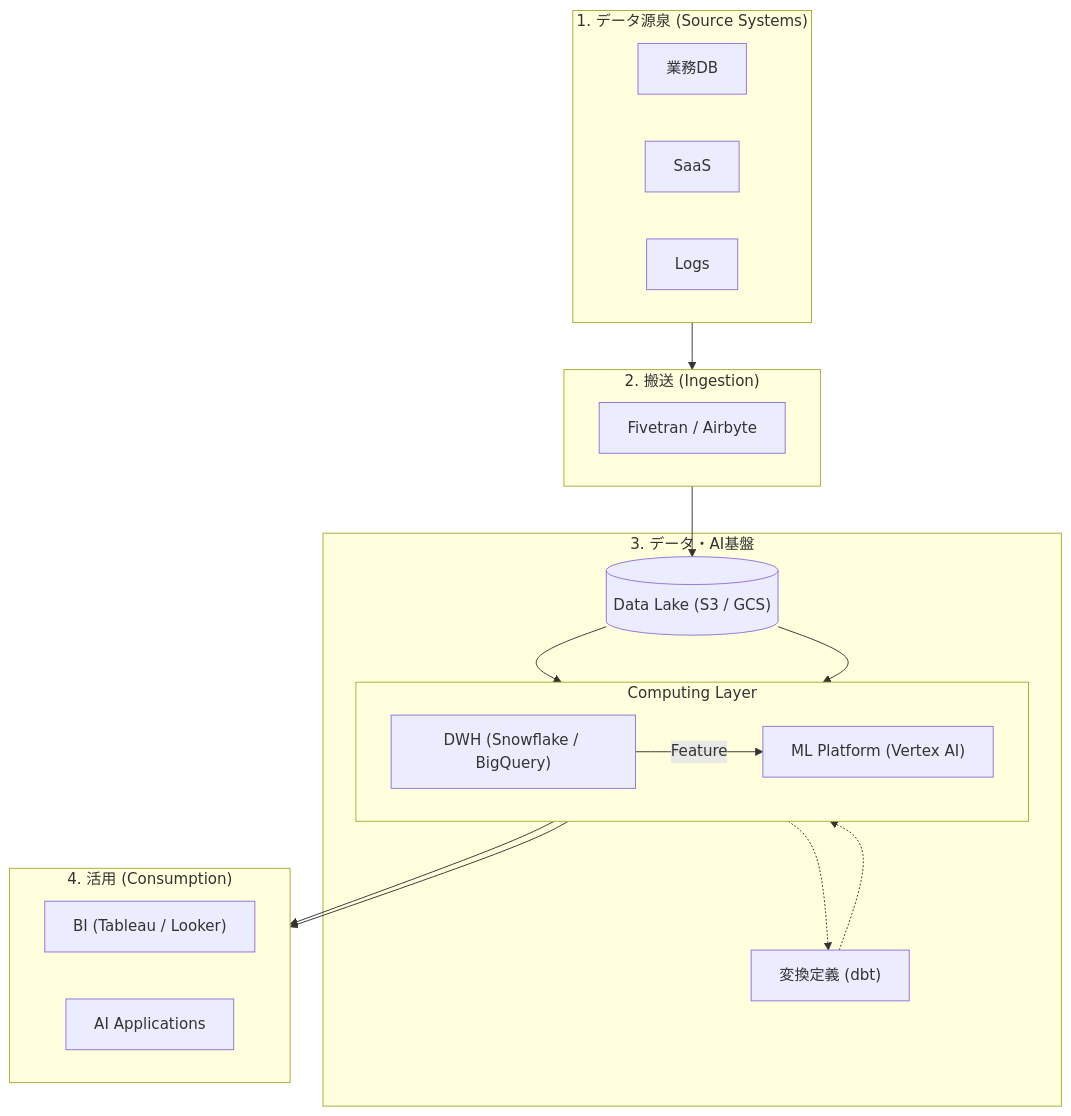
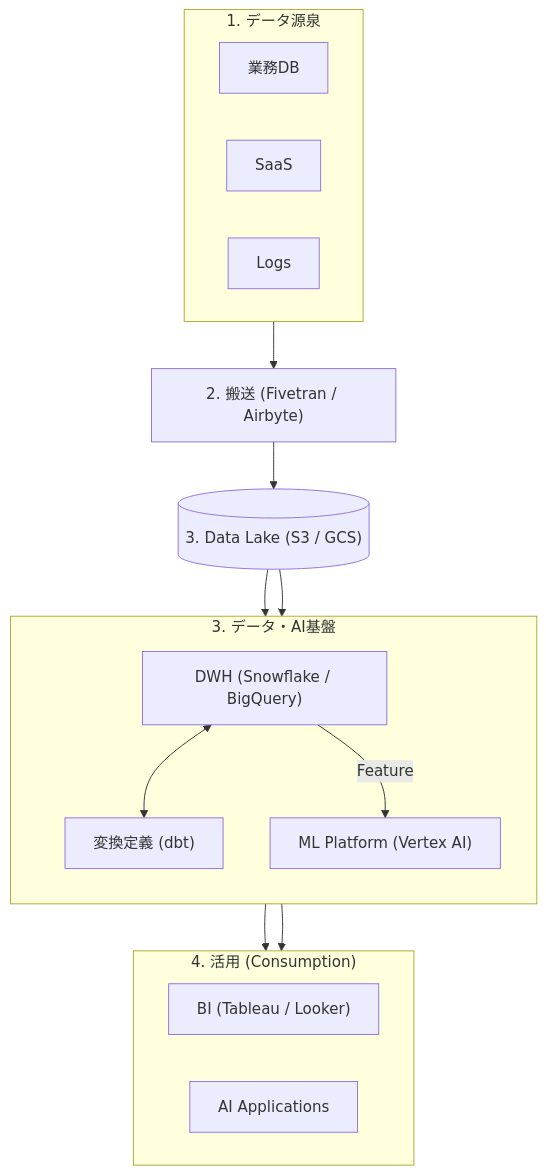
One commit to Zero-Set/mermaids changed the diagram in data_analyze.md. Above: the diagram before and after it, drawn with Mermaid. The commit also changed other lines of this file, not shown here.

Commit message:
fix graph and add disclaimer

````diff
--- a/data_analyze.md
+++ b/data_analyze.md
@@ -4,50 +11,42 @@
 ```mermaid
 graph TD
-    subgraph Sources ["1. データ源泉 (Source Systems)"]
+    subgraph Sources ["1. データ源泉"]
         direction LR
         DB["業務DB"]
         SaaS["SaaS"]
         Logs["Logs"]
     end
 
-    subgraph Ingestion ["2. 搬送 (Ingestion)"]
-        ELT["Fivetran / Airbyte"]
-    end
+    Ingestion["2. 搬送 (Fivetran / Airbyte)"]
+    Storage[("3. Data Lake (S3 / GCS)")]
 
     subgraph Platform ["3. データ・AI基盤"]
-        Storage[("Data Lake (S3 / GCS)")]
+        direction TB
+        %% DWHとdbtを密接に配置
+        DWH["DWH (Snowflake / BigQuery)"]
+        dbt["変換定義 (dbt)"]
+        DWH <--> dbt
+
+        MLP["ML Platform (Vertex AI)"]
         
-        %% ここを横並び(LR)に固定
-        subgraph Compute ["Computing Layer"]
-            direction LR
-            DWH["DWH (Snowflake / BigQuery)"]
-            MLP["ML Platform (Vertex AI)"]
-        end
-        
-        Transformation["変換定義 (dbt)"]
+        %% DWHからMLPへの特徴量供給
+        DWH -- "Feature" --> MLP
     end
 
     subgraph Consumption ["4. 活用 (Consumption)"]
         direction LR
         BI["BI (Tableau / Looker)"]
         App["AI Applications"]
     end
 
-    %% 接続の順序を整理
+    %% 全体の流れ
     Sources --> Ingestion
     Ingestion --> Storage
-    
-    %% Storageから二股に分ける（DWHが左、MLPが右）
     Storage --> DWH
     Storage --> MLP
-    
-    %% dbtはDWHにのみ紐付け
-    DWH -.-> Transformation
-    Transformation -.-> DWH
-    
-    %% DWH(左)からMLP(右)へ、BI(左下)とApp(右下)へ素直に流す
-    DWH --"Feature"--> MLP
+
+    %% BIが見に行くのはDWH
     DWH --> BI
+    %% AIアプリが見に行くのはMLP
     MLP --> App
-
 ```
````
